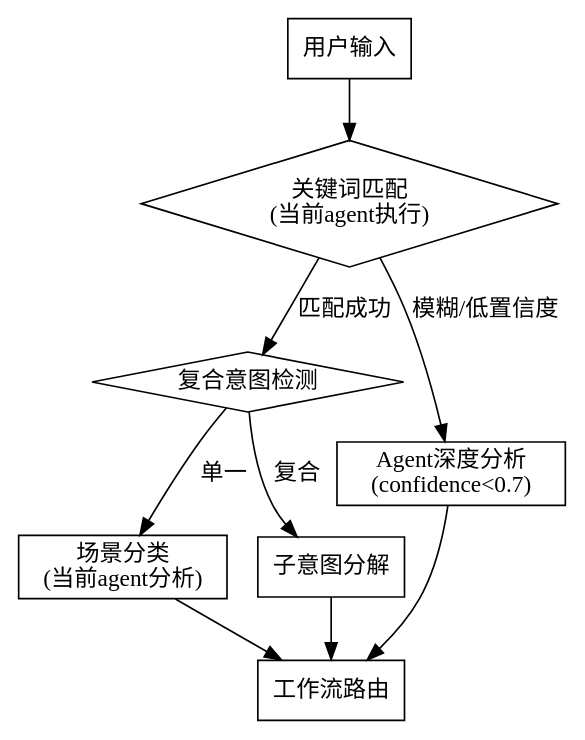
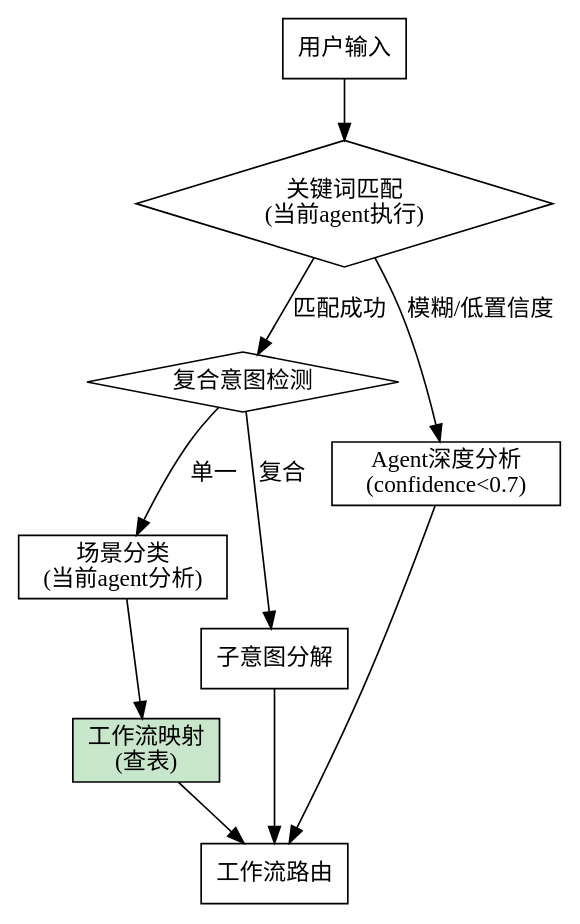
Before and after one commit to kiraxu2011/EasyCodingFlow: the diagram in skills/ecf/references/intent-recognition.md, drawn with Graphviz. The commit also changed other lines of this file, not shown here.

First line of the commit message:
docs: enhance intent recognition with workflow mapping and output format

````diff
--- a/skills/ecf/references/intent-recognition.md
+++ b/skills/ecf/references/intent-recognition.md
@@ -9,21 +9,23 @@
 ```dot
 digraph intent_flow {
     rankdir=TB;
     input [label="用户输入", shape=box];
     keyword [label="关键词匹配\n(当前agent执行)", shape=diamond];
     compound [label="复合意图检测", shape=diamond];
     classify [label="场景分类\n(当前agent分析)", shape=box];
+    workflow [label="工作流映射\n(查表)", shape=box, fillcolor="#C8E6C9", style=filled];
     decompose [label="子意图分解", shape=box];
     analyze [label="Agent深度分析\n(confidence<0.7)", shape=box];
     route [label="工作流路由", shape=box];
 
     input -> keyword;
     keyword -> compound [label="匹配成功"];
     compound -> decompose [label="复合"];
     compound -> classify [label="单一"];
     keyword -> analyze [label="模糊/低置信度"];
+    classify -> workflow;
+    workflow -> route;
     analyze -> route;
-    classify -> route;
     decompose -> route;
 }
 ```
````
